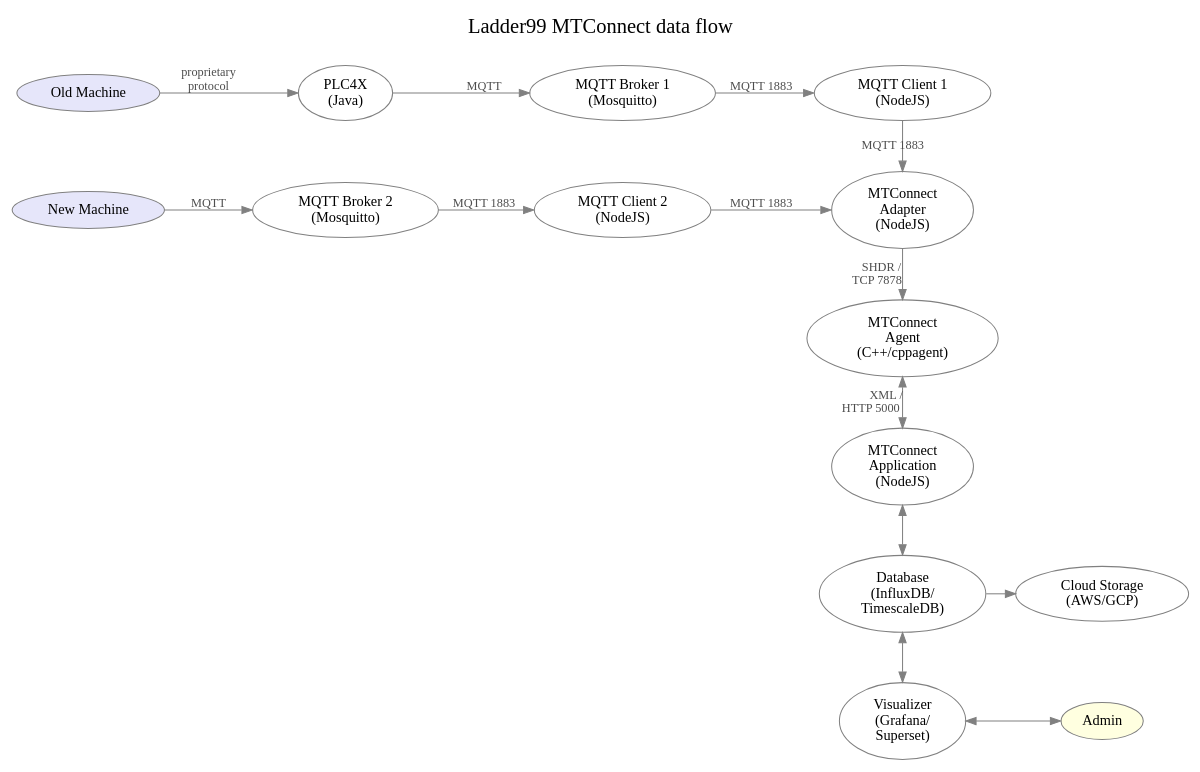
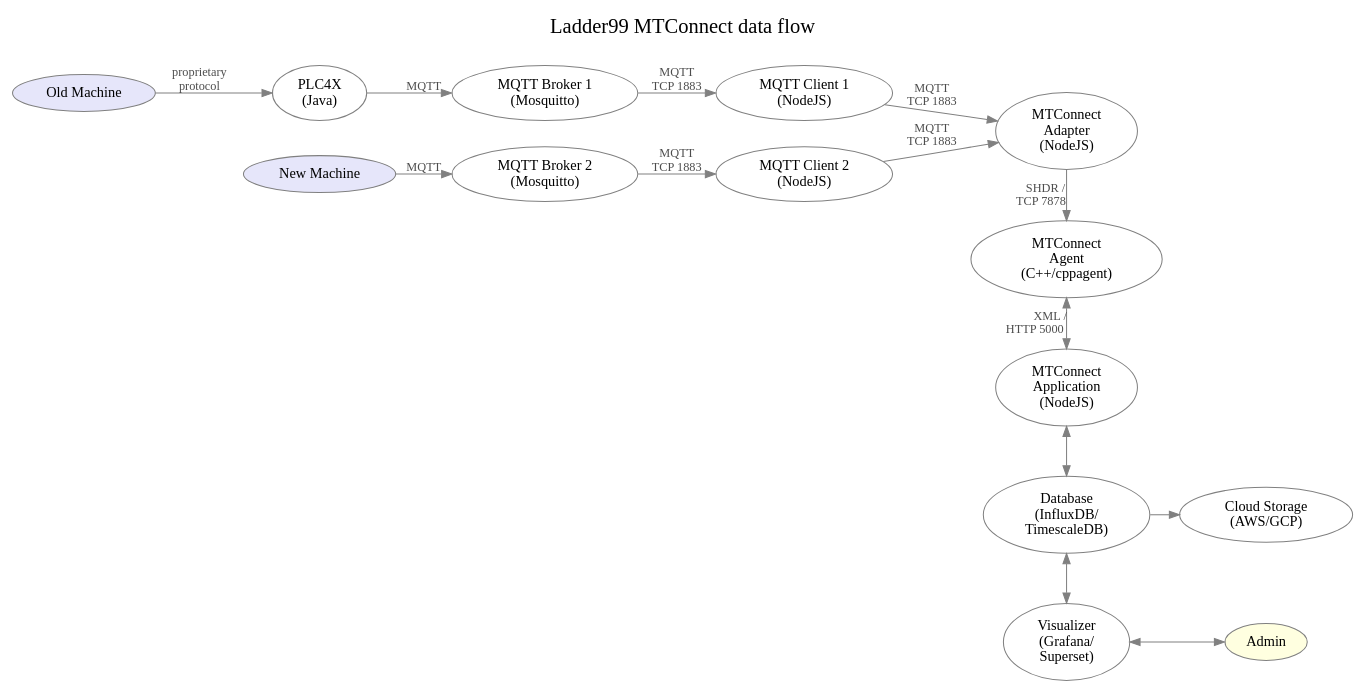
The diagram in docs/architecture.dot (Ladder99/ladder99), drawn with Graphviz before and after one commit.

```diff
--- a/docs/architecture.dot
+++ b/docs/architecture.dot
@@ -1,74 +1,74 @@
 digraph "ladder99-adapter" {
 
   // styles
   graph [ label="Ladder99 MTConnect data flow\n "; color=lightgray; ];
   graph [ fontsize=20 ];
   graph [ labelloc=t ];
   graph [ ranksep=0.2 ];
   graph [ nodesep=0.35 ];
   graph [ rankdir=LR; ] // left-to-right
   node [ color=gray; fillcolor=white; style=filled ];
   edge [ color=gray ];
   edge [ fontsize=12; fontcolor=gray30; ];
 
   // nodes
   OldMachine [ fillcolor=lavender; label="Old Machine" ];
   NewMachine [ fillcolor=lavender; label="New Machine" ];
   PLC4X [ label="PLC4X\n(Java)" ];
   Broker1 [ label="MQTT Broker 1\n(Mosquitto)" ];
   Broker2 [ label="MQTT Broker 2\n(Mosquitto)" ];
   Client1 [ label="MQTT Client 1\n(NodeJS)" ];
   Client2 [ label="MQTT Client 2\n(NodeJS)" ];
   Adapter [ label="MTConnect\nAdapter\n(NodeJS)" ];
   // Device1Sheet [ fillcolor=greenyellow; label="device1.sheet" ];
   // Device1Yaml [ fillcolor=greenyellow; label="device1.yaml" ];
   // Device1Js [ label="device1.js" ];
   // Device2Sheet [ fillcolor=greenyellow; label="device2.sheet" ];
   // Device2Yaml [ fillcolor=greenyellow; label="device2.yaml" ];
   // Device2Js [ label="device2.js" ];
   // DiodeSender [ label="Diode Sender\n(Java+RabbitMQ)" ];
   // DiodeReceiver [ label="Diode Receiver\n(Java+RabbitMQ)" ];
   // DevicesXml [ label="devices.xml" ];
   Agent [ label="MTConnect\nAgent\n(C++/cppagent)" ];
   Application [ label="MTConnect\nApplication\n(NodeJS)" ];
   Database [ label="Database\n(InfluxDB/\nTimescaleDB)" ];
   Visualizer [ label="Visualizer\n(Grafana/\nSuperset)" ];
   Cloud [ label="Cloud Storage\n(AWS/GCP)" ];
   Admin [ fillcolor=lightyellow ];
   // LOI [ label="LOI\n(SvelteJS)" ];
   // Operator [ fillcolor=lightyellow ];
 
   // edges
   OldMachine -> PLC4X [ label="proprietary\nprotocol" ];
   PLC4X -> Broker1 [ label="MQTT" ];
   NewMachine -> Broker2 [ label="MQTT" ];
-  Broker1 -> Client1 [ label="MQTT 1883" ];
-  Broker2 -> Client2 [ label="MQTT 1883" ];
-  Client1 -> Adapter [ label="MQTT 1883" ];
-  Client2 -> Adapter [ label="MQTT 1883" ];
+  Broker1 -> Client1 [ label="MQTT\nTCP 1883" ];
+  Broker2 -> Client2 [ label="MQTT\nTCP 1883" ];
+  Client1 -> Adapter [ label="MQTT\nTCP 1883" ];
+  Client2 -> Adapter [ label="MQTT\nTCP 1883" ];
   Adapter -> Agent [ label="SHDR /   \nTCP 7878      " ];
   // Device1Sheet -> Device1Yaml [ label="feeds into" ];
   // Device1Yaml -> Device1Js [ label="generates" ];
   // Device1Js -> Client1 [ label="used by" ];
   // Device2Sheet -> Device2Yaml [ label="feeds into" ];
   // Device2Yaml -> Device2Js [ label="generates" ];
   // Device2Js -> Client2 [ label="used by" ];
   // Device1Yaml -> DevicesXml [ label="generates" ];
   // Device2Yaml -> DevicesXml [ label="generates" ];
   // DiodeSender -> DiodeReceiver [ label="UDP    " ];
   // DiodeReceiver -> Agent [ label="SHDR /    \nTCP 7878        " ];
   // Adapter -> Agent [ label="SHDR/\nTCP 7878" ];
   // DevicesXml -> Agent [ label="used by" ];
   Agent -> Application [ dir=both; label="XML / \nHTTP 5000          " ];
   Application -> Database [ dir=both ];
   Database -> Visualizer [ dir=both ];
   Database -> Cloud;
   Visualizer -> Admin [ dir=both ];
   // Application -> LOI;
   // LOI -> Operator;
 
   // rank
   // { rank=same; DiodeSender DiodeReceiver Agent Application Database Visualizer };
-  { rank=same; Client1 Adapter Agent Application Database Visualizer };
+  { rank=same; Adapter Agent Application Database Visualizer };
   { rank=same; Cloud Admin };
 }
```
